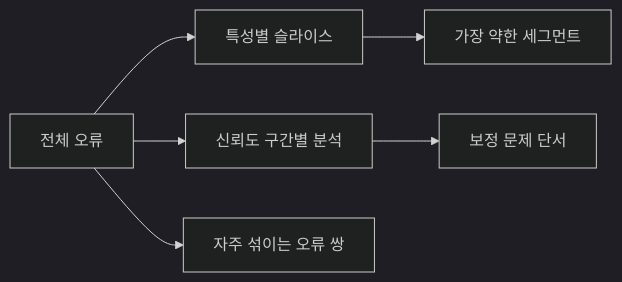
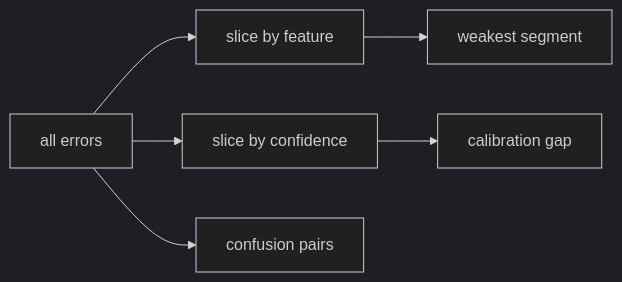
One commit to yeongseon-books/book-content changed the diagram in content/model-evaluation-101/ko/09-error-analysis.md. Above: the diagram before and after it, drawn with Mermaid (dark theme). The commit also changed other lines of this file and 9 other files, not shown here.

````diff
--- a/content/model-evaluation-101/ko/09-error-analysis.md
+++ b/content/model-evaluation-101/ko/09-error-analysis.md
@@ -55,8 +51,8 @@
 ```mermaid
 flowchart LR
-    All["전체 오류"] --> Slice["특성별 슬라이스"]
-    All --> Conf["신뢰도 구간별 분석"]
-    All --> Conf2["자주 섞이는 오류 쌍"]
-    Slice --> Weak["가장 약한 세그먼트"]
-    Conf --> Calib["보정 문제 단서"]
+    All["all errors"] --> Slice["slice by feature"]
+    All --> Conf["slice by confidence"]
+    All --> Conf2["confusion pairs"]
+    Slice --> Weak["weakest segment"]
+    Conf --> Calib["calibration gap"]
 ```
````
